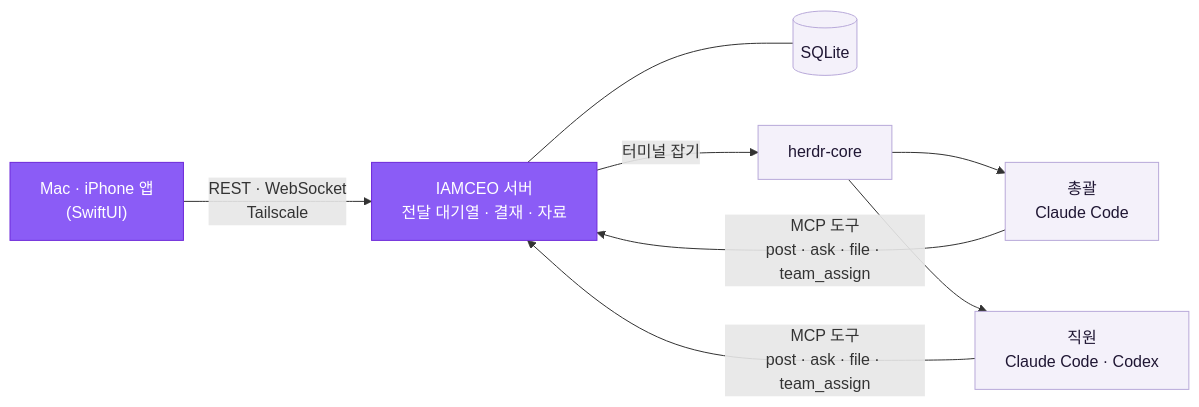
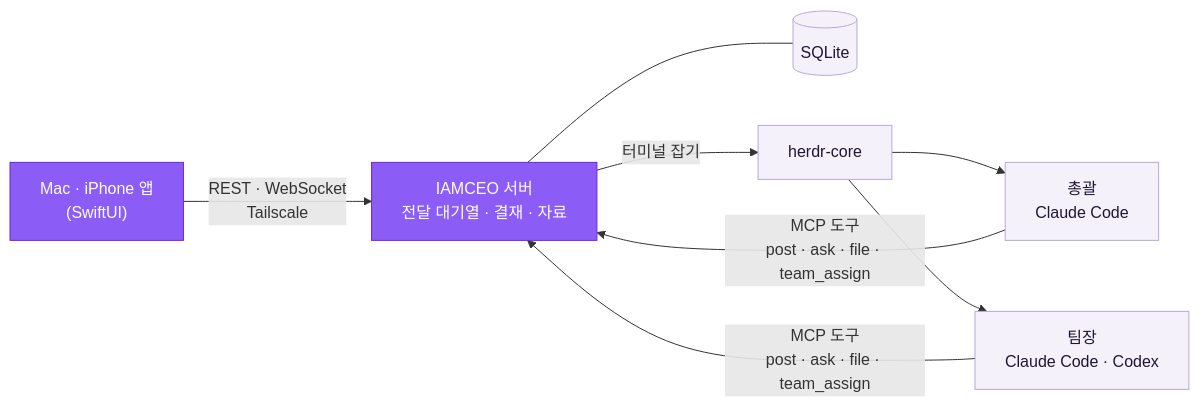
The diagram in README.ko.md (yehsung/IAMCEO), drawn with Mermaid before and after one commit. The commit also changed other lines of this file and 79 other files, not shown here.

````diff
--- a/README.ko.md
+++ b/README.ko.md
@@ -70,12 +119,12 @@
 ```mermaid
 flowchart LR
     APP["Mac · iPhone 앱<br/>(SwiftUI)"] -- "REST · WebSocket<br/>Tailscale" --> D["IAMCEO 서버<br/>전달 대기열 · 결재 · 자료"]
     D --- DB[("SQLite")]
     D -- "터미널 잡기" --> CORE["herdr-core"]
-    CORE --> L["총괄<br/>Claude Code"] & W["직원<br/>Claude Code · Codex"]
+    CORE --> L["총괄<br/>Claude Code"] & W["팀장<br/>Claude Code · Codex"]
     L & W -- "MCP 도구<br/>post · ask · file · team_assign" --> D
     classDef own fill:#8b5cf6,stroke:#6d28d9,color:#ffffff
     classDef reuse fill:#f4f1fa,stroke:#b8a9d9,color:#1f1633
     class APP,D own
     class DB,CORE,L,W reuse
 ```
````
